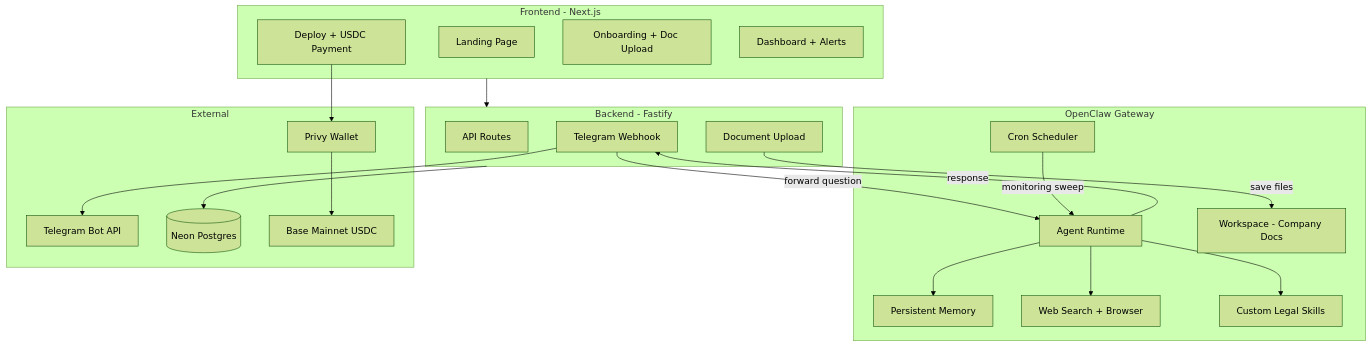
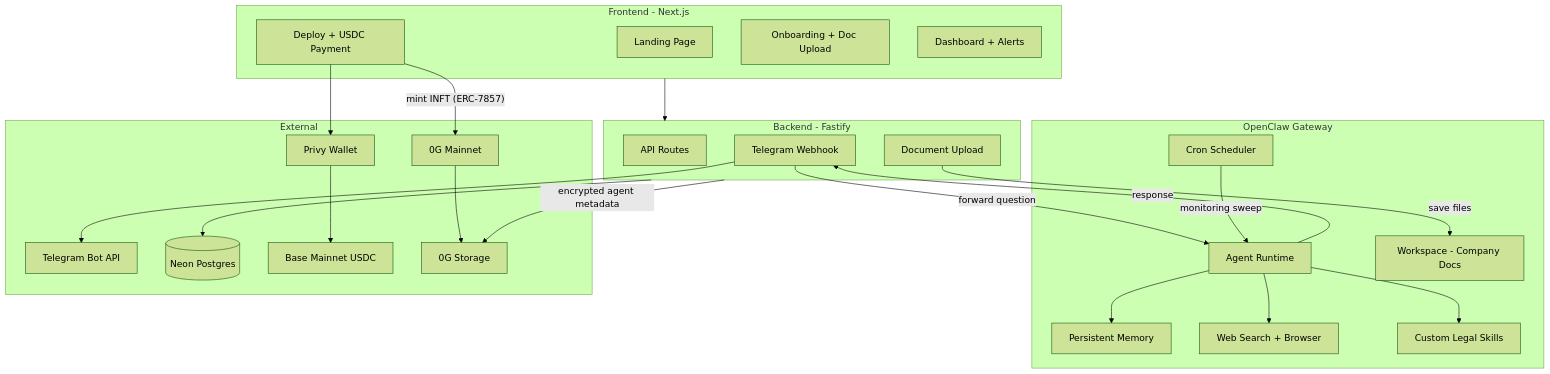
Before and after one commit to Siddesh7/clawcounsel: the diagram in PLAN.md, drawn with Mermaid (forest theme). The commit also changed other lines of this file and 36 other files, not shown here.

````diff
--- a/PLAN.md
+++ b/PLAN.md
@@ -29,44 +32,49 @@
 ```mermaid
 flowchart TB
     subgraph frontend [Frontend - Next.js]
         Landing[Landing Page]
         Deploy[Deploy + USDC Payment]
         Onboard[Onboarding + Doc Upload]
         Dash[Dashboard + Alerts]
     end
 
     subgraph backend [Backend - Fastify]
         API[API Routes]
         TgWebhook[Telegram Webhook]
         DocUpload[Document Upload]
     end
 
     subgraph openclaw [OpenClaw Gateway]
         Agent[Agent Runtime]
         Memory[Persistent Memory]
         WebTools["Web Search + Browser"]
         Cron[Cron Scheduler]
         Skills[Custom Legal Skills]
         Workspace[Workspace - Company Docs]
     end
 
     subgraph external [External]
         TG[Telegram Bot API]
         DB[(Neon Postgres)]
         Privy[Privy Wallet]
         Base[Base Mainnet USDC]
+        ZeroG[0G Mainnet]
+        ZeroGStorage[0G Storage]
     end
 
     frontend --> backend
     TgWebhook -->|"forward question"| Agent
     Agent -->|response| TgWebhook
     TgWebhook --> TG
     DocUpload -->|"save files"| Workspace
     Agent --> Memory
     Agent --> WebTools
     Agent --> Skills
     Cron -->|"monitoring sweep"| Agent
     Deploy --> Privy
     Privy --> Base
     backend --> DB
+    Deploy -->|"mint INFT (ERC-7857)"| ZeroG
+    backend -->|"encrypted agent metadata"| ZeroGStorage
+    ZeroG --> ZeroGStorage
 ```
````
